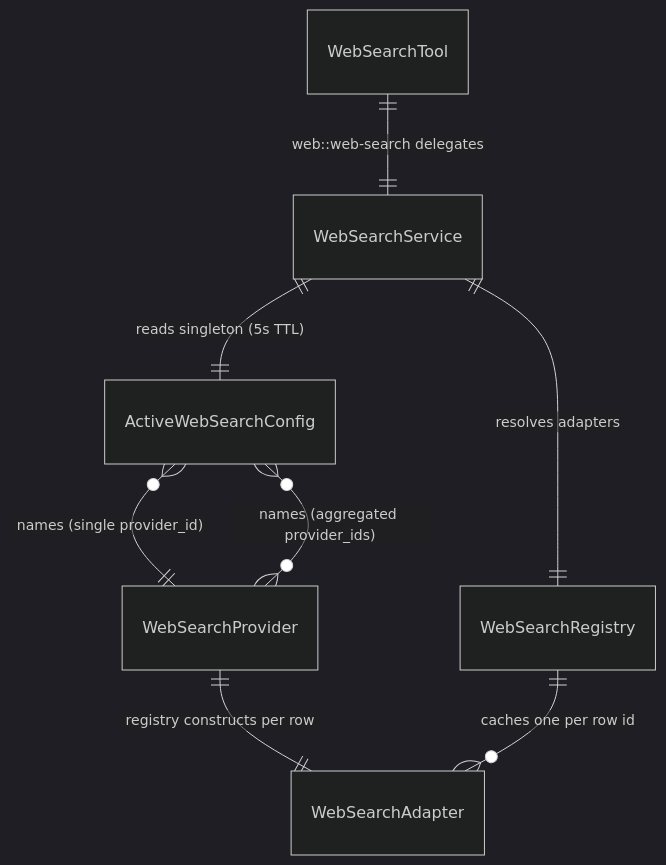
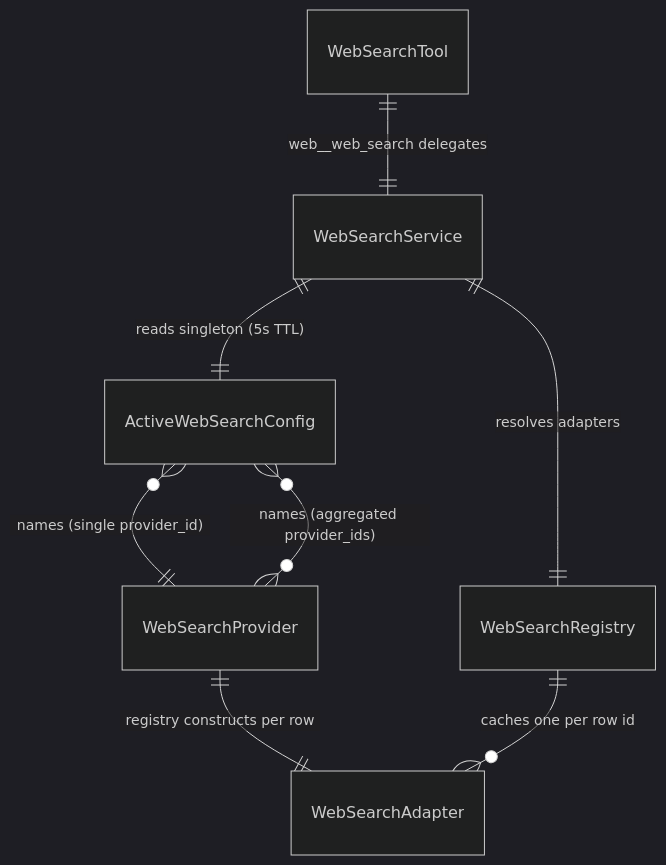
The first of 2 diagrams in docs/dev/subsystems/web-search.md (primerhq/primer), drawn with Mermaid (dark theme) before and after one commit. The commit also changed other lines of this file and 29 other files, not shown here.

First line of the commit message:
refactor(toolset): standardize web tool ids to underscore form

````diff
--- a/docs/dev/subsystems/web-search.md
+++ b/docs/dev/subsystems/web-search.md
@@ -36,10 +36,10 @@
 ```mermaid
 erDiagram
     WebSearchProvider ||--|| WebSearchAdapter : "registry constructs per row"
     ActiveWebSearchConfig }o--|| WebSearchProvider : "names (single provider_id)"
     ActiveWebSearchConfig }o--o{ WebSearchProvider : "names (aggregated provider_ids)"
     WebSearchService ||--|| ActiveWebSearchConfig : "reads singleton (5s TTL)"
     WebSearchService ||--|| WebSearchRegistry : "resolves adapters"
     WebSearchRegistry ||--o{ WebSearchAdapter : "caches one per row id"
-    WebSearchTool ||--|| WebSearchService : "web::web-search delegates"
+    WebSearchTool ||--|| WebSearchService : "web__web_search delegates"
 ```
````
